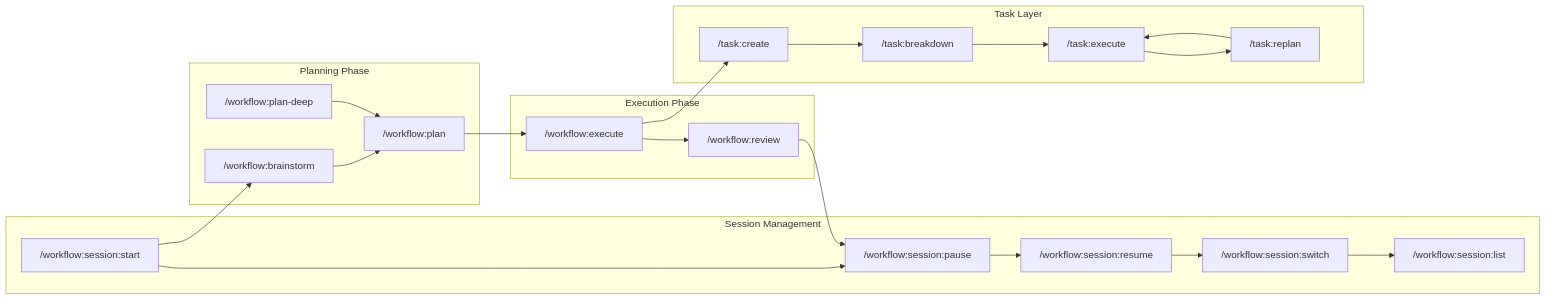
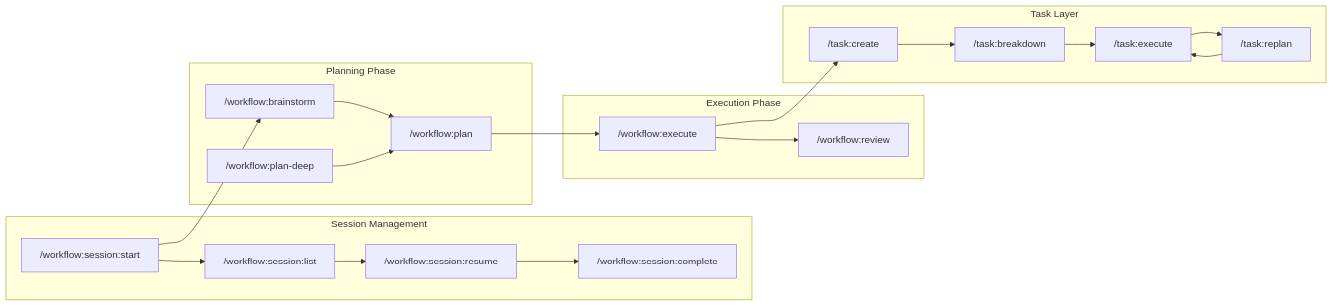
Before and after one commit to 74587/Claude-Code-Workflow: the tenth of 14 diagrams in WORKFLOW_DIAGRAMS.md, drawn with Mermaid. The commit also changed 65 other files, not shown here.

````diff
--- a/WORKFLOW_DIAGRAMS.md
+++ b/WORKFLOW_DIAGRAMS.md
@@ -511,48 +511,45 @@
 ```mermaid
 graph LR
     subgraph "Session Management"
         WFS_START["/workflow:session:start"]
-        WFS_PAUSE["/workflow:session:pause"]
         WFS_RESUME["/workflow:session:resume"]
-        WFS_SWITCH["/workflow:session:switch"]
         WFS_LIST["/workflow:session:list"]
+        WFS_COMPLETE["/workflow:session:complete"]
 
-        WFS_START --> WFS_PAUSE
-        WFS_PAUSE --> WFS_RESUME
-        WFS_RESUME --> WFS_SWITCH
-        WFS_SWITCH --> WFS_LIST
+        WFS_START --> WFS_LIST
+        WFS_LIST --> WFS_RESUME
+        WFS_RESUME --> WFS_COMPLETE
     end
 
     subgraph "Planning Phase"
         WF_BRAINSTORM["/workflow:brainstorm"]
         WF_PLAN["/workflow:plan"]
         WF_PLAN_DEEP["/workflow:plan-deep"]
 
         WF_BRAINSTORM --> WF_PLAN
         WF_PLAN_DEEP --> WF_PLAN
     end
 
     subgraph "Execution Phase"
         WF_EXECUTE["/workflow:execute"]
         WF_REVIEW["/workflow:review"]
 
         WF_EXECUTE --> WF_REVIEW
     end
 
     subgraph "Task Layer"
         TASK_CREATE["/task:create"]
         TASK_BREAKDOWN["/task:breakdown"]
         TASK_EXECUTE["/task:execute"]
         TASK_REPLAN["/task:replan"]
 
         TASK_CREATE --> TASK_BREAKDOWN
         TASK_BREAKDOWN --> TASK_EXECUTE
         TASK_EXECUTE --> TASK_REPLAN
         TASK_REPLAN --> TASK_EXECUTE
     end
 
     WFS_START --> WF_BRAINSTORM
     WF_PLAN --> WF_EXECUTE
     WF_EXECUTE --> TASK_CREATE
-    WF_REVIEW --> WFS_PAUSE
 ```
````
